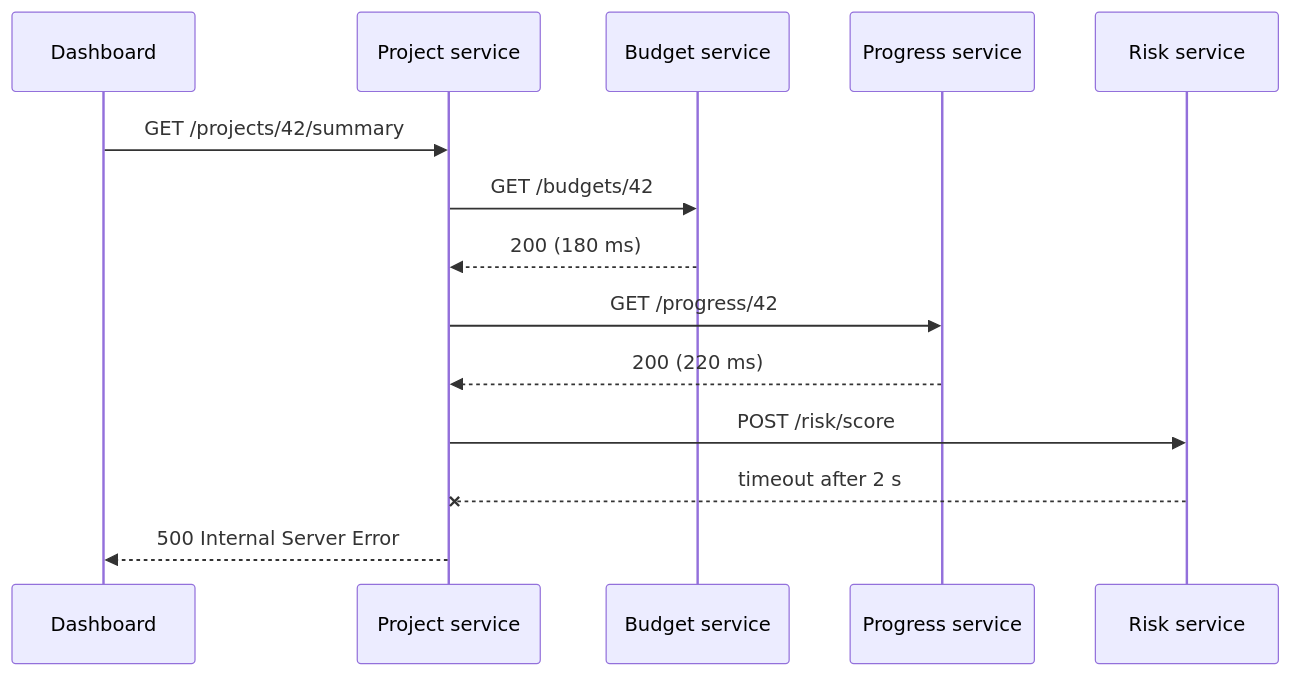
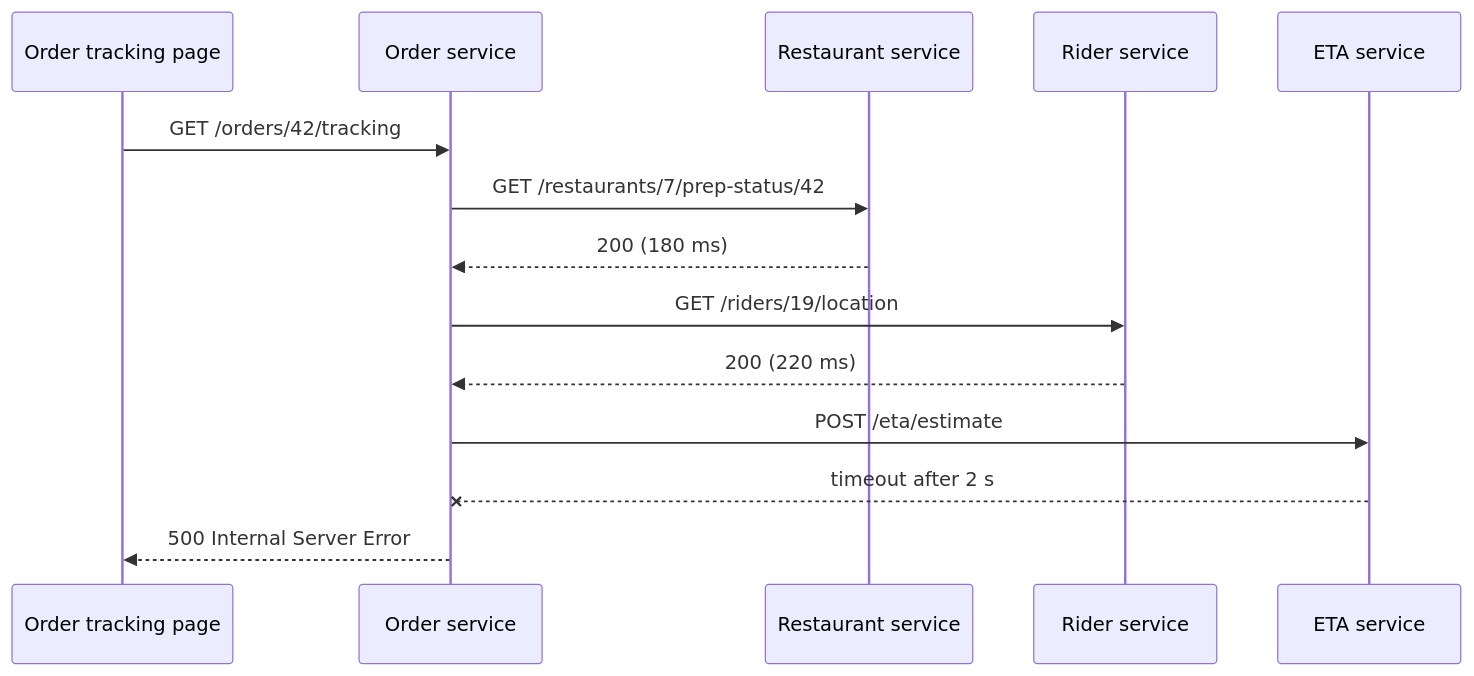
Before and after one commit to rizwi0786/system-design-lab: the third of 3 diagrams in content/lessons/m06/m06-anti-patterns.md, drawn with Mermaid. The commit also changed other lines of this file and 334 other files, not shown here.

````diff
--- a/content/lessons/m06/m06-anti-patterns.md
+++ b/content/lessons/m06/m06-anti-patterns.md
@@ -391,16 +391,16 @@
 ```mermaid
 sequenceDiagram
-    participant UI as Dashboard
-    participant A as Project service
-    participant B as Budget service
-    participant C as Progress service
-    participant D as Risk service
-    UI->>A: GET /projects/42/summary
-    A->>B: GET /budgets/42
+    participant UI as Order tracking page
+    participant A as Order service
+    participant B as Restaurant service
+    participant C as Rider service
+    participant D as ETA service
+    UI->>A: GET /orders/42/tracking
+    A->>B: GET /restaurants/7/prep-status/42
     B-->>A: 200 (180 ms)
-    A->>C: GET /progress/42
+    A->>C: GET /riders/19/location
     C-->>A: 200 (220 ms)
-    A->>D: POST /risk/score
+    A->>D: POST /eta/estimate
     D--xA: timeout after 2 s
     A-->>UI: 500 Internal Server Error
 ```
````
